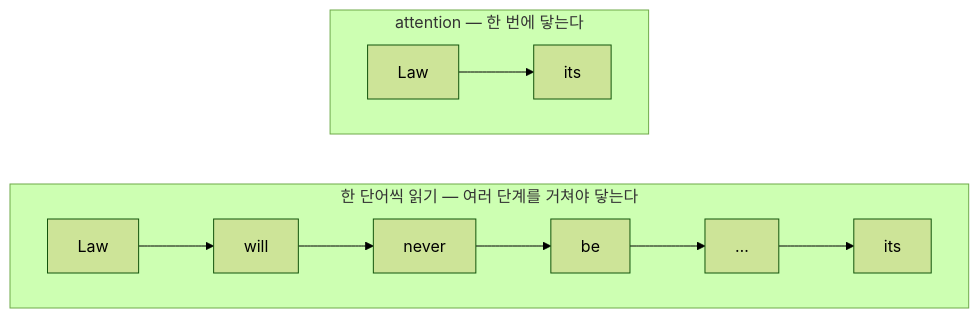
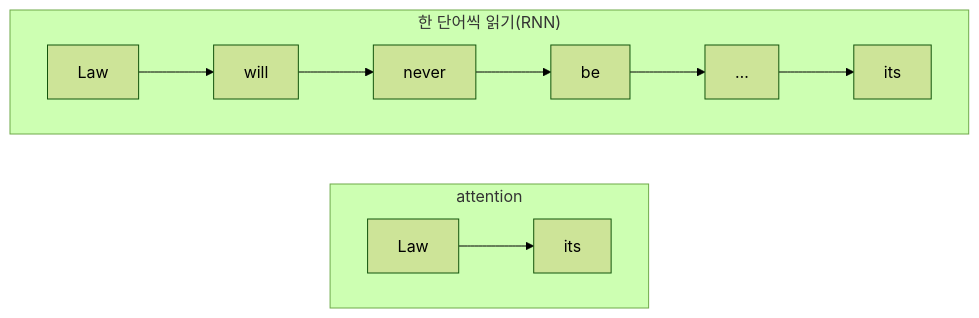
Before and after one commit to qoal1201/qoal1201.github.io: the second of 4 diagrams in paper-reviews/1706.03762-attention-is-all-you-need.qmd, drawn with Mermaid (forest theme). The commit also changed other lines of this file, not shown here.

````diff
--- a/paper-reviews/1706.03762-attention-is-all-you-need.qmd
+++ b/paper-reviews/1706.03762-attention-is-all-you-need.qmd
@@ -118,11 +116,12 @@
 ```{mermaid}
-flowchart LR
-    subgraph R["한 단어씩 읽기 — 여러 단계를 거쳐야 닿는다"]
+flowchart TB
+    subgraph R["한 단어씩 읽기(RNN)"]
     direction LR
     r1["Law"] --> r2["will"] --> r3["never"] --> r4["be"] --> r5["…"] --> r6["its"]
     end
-    subgraph A["attention — 한 번에 닿는다"]
+    subgraph A["attention"]
     direction LR
     a1["Law"] --> a6["its"]
     end
+    R ~~~ A
 ```
````
